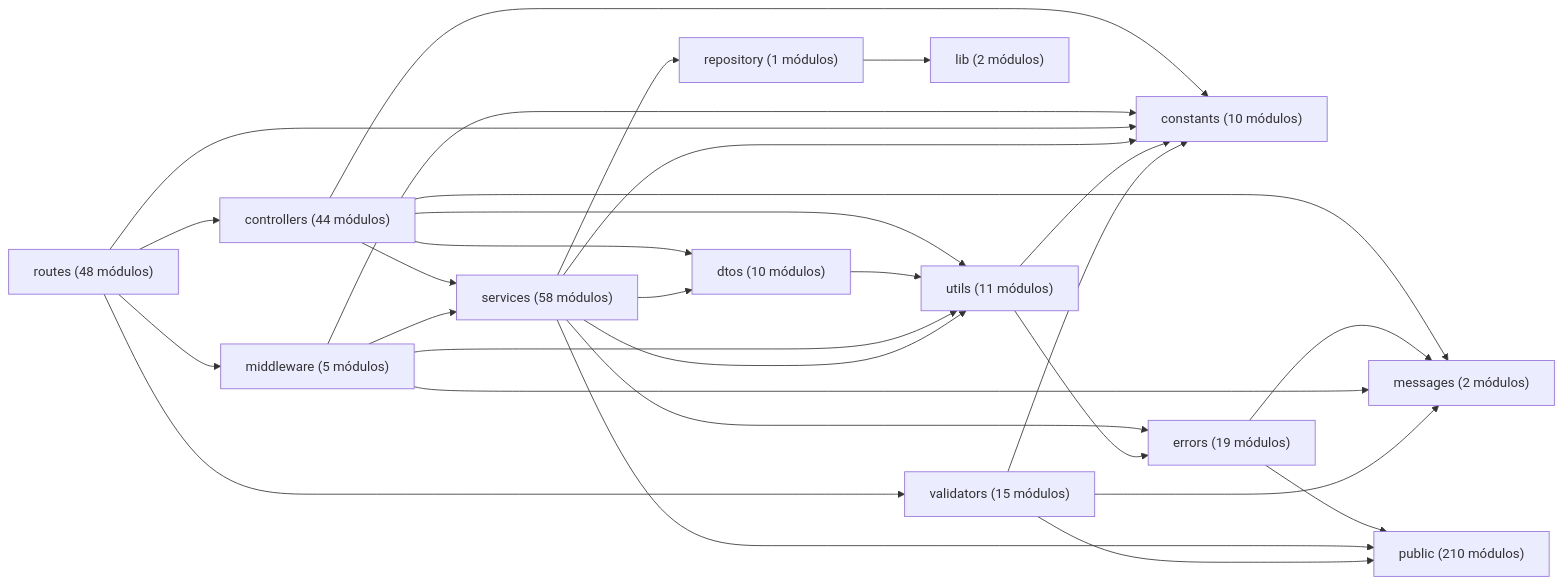
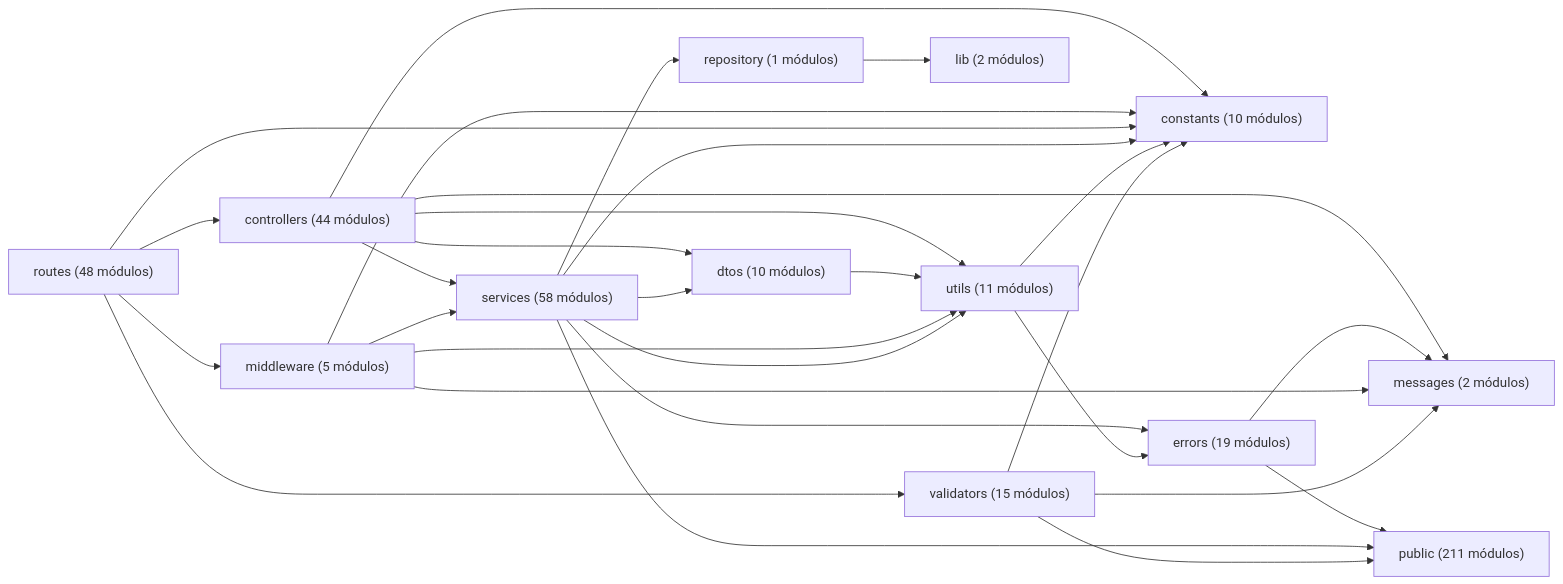
Before and after one commit to gpgsistemas01/nexus: the diagram in docs/architecture/views/development/code-map.md, drawn with Mermaid. The commit also changed other lines of this file and 21 other files, not shown here.

````diff
--- a/docs/architecture/views/development/code-map.md
+++ b/docs/architecture/views/development/code-map.md
@@ -14,31 +14,31 @@
 ```mermaid
 flowchart LR
     controllers["controllers (44 módulos)"] --> constants["constants (10 módulos)"]
     controllers["controllers (44 módulos)"] --> dtos["dtos (10 módulos)"]
     controllers["controllers (44 módulos)"] --> messages["messages (2 módulos)"]
     controllers["controllers (44 módulos)"] --> services["services (58 módulos)"]
     controllers["controllers (44 módulos)"] --> utils["utils (11 módulos)"]
     dtos["dtos (10 módulos)"] --> utils["utils (11 módulos)"]
     errors["errors (19 módulos)"] --> messages["messages (2 módulos)"]
-    errors["errors (19 módulos)"] --> public["public (210 módulos)"]
+    errors["errors (19 módulos)"] --> public["public (211 módulos)"]
     middleware["middleware (5 módulos)"] --> constants["constants (10 módulos)"]
     middleware["middleware (5 módulos)"] --> messages["messages (2 módulos)"]
     middleware["middleware (5 módulos)"] --> services["services (58 módulos)"]
     middleware["middleware (5 módulos)"] --> utils["utils (11 módulos)"]
     repository["repository (1 módulos)"] --> lib["lib (2 módulos)"]
     routes["routes (48 módulos)"] --> constants["constants (10 módulos)"]
     routes["routes (48 módulos)"] --> controllers["controllers (44 módulos)"]
     routes["routes (48 módulos)"] --> middleware["middleware (5 módulos)"]
     routes["routes (48 módulos)"] --> validators["validators (15 módulos)"]
     services["services (58 módulos)"] --> constants["constants (10 módulos)"]
     services["services (58 módulos)"] --> dtos["dtos (10 módulos)"]
     services["services (58 módulos)"] --> errors["errors (19 módulos)"]
-    services["services (58 módulos)"] --> public["public (210 módulos)"]
+    services["services (58 módulos)"] --> public["public (211 módulos)"]
     services["services (58 módulos)"] --> repository["repository (1 módulos)"]
     services["services (58 módulos)"] --> utils["utils (11 módulos)"]
     utils["utils (11 módulos)"] --> constants["constants (10 módulos)"]
     utils["utils (11 módulos)"] --> errors["errors (19 módulos)"]
     validators["validators (15 módulos)"] --> constants["constants (10 módulos)"]
     validators["validators (15 módulos)"] --> messages["messages (2 módulos)"]
-    validators["validators (15 módulos)"] --> public["public (210 módulos)"]
+    validators["validators (15 módulos)"] --> public["public (211 módulos)"]
 ```
````
